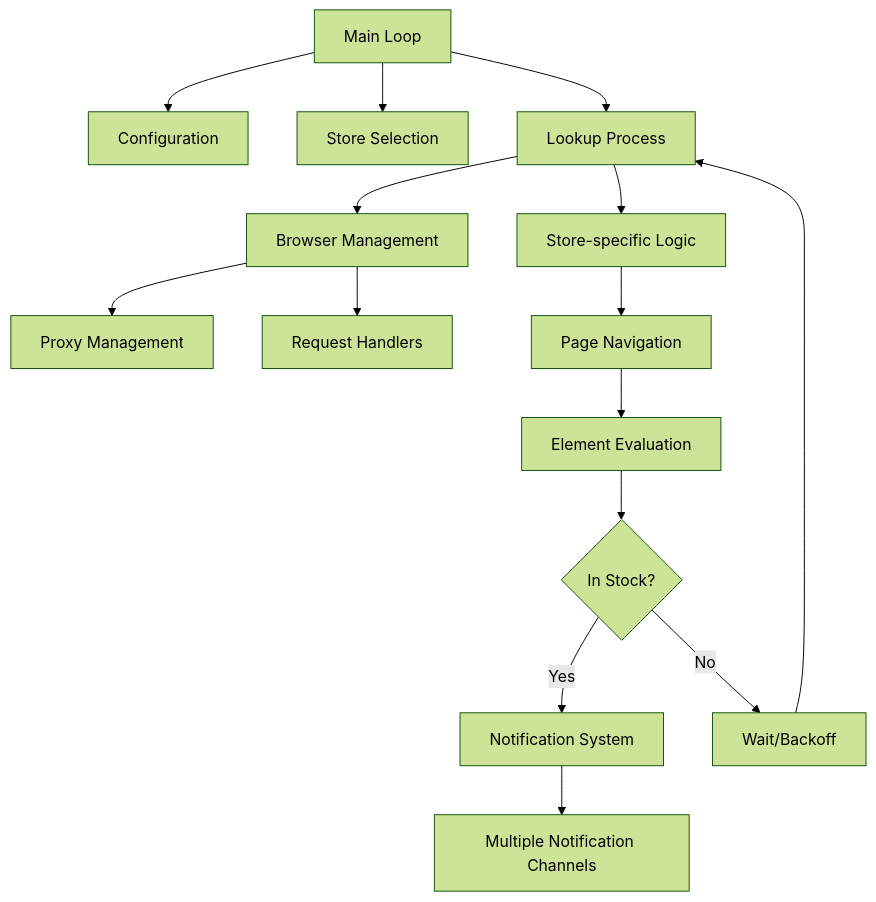
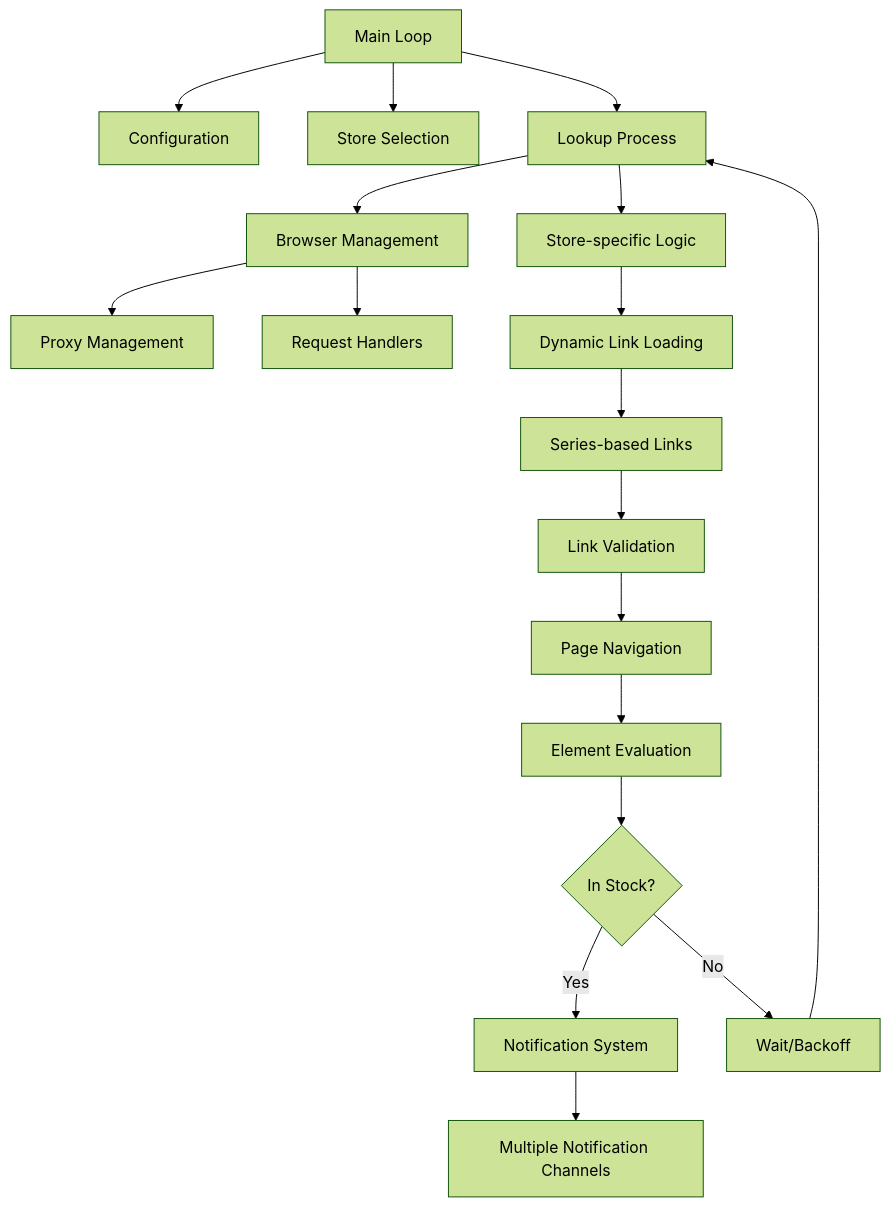
Before and after one commit to swackhamer/streetmerchant: the diagram in docs/architecture.md, drawn with Mermaid (forest theme). The commit also changed other lines of this file and 919 other files, not shown here.

First line of the commit message:
feat: implement series-based organization system

````diff
--- a/docs/architecture.md
+++ b/docs/architecture.md
@@ -79,21 +99,24 @@
 ```mermaid
 graph TD
     A[Main Loop] --> B[Configuration]
     A --> C[Store Selection]
     A --> D[Lookup Process]
     
     D --> E[Browser Management]
     E --> F[Proxy Management]
     E --> G[Request Handlers]
     
     D --> H[Store-specific Logic]
-    H --> I[Page Navigation]
+    H --> H1[Dynamic Link Loading]
+    H1 --> H2[Series-based Links]
+    H2 --> H3[Link Validation]
+    H3 --> I[Page Navigation]
     I --> J[Element Evaluation]
     
     J --> K{In Stock?}
     K -->|Yes| L[Notification System]
     K -->|No| M[Wait/Backoff]
     M --> D
     
     L --> N[Multiple Notification Channels]
 ```
````
